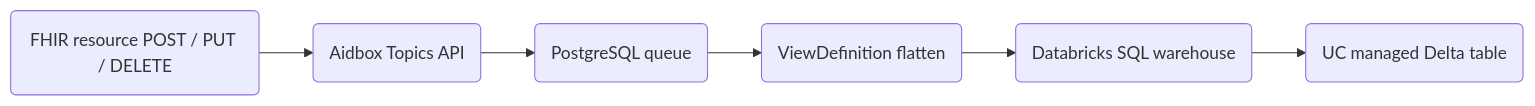
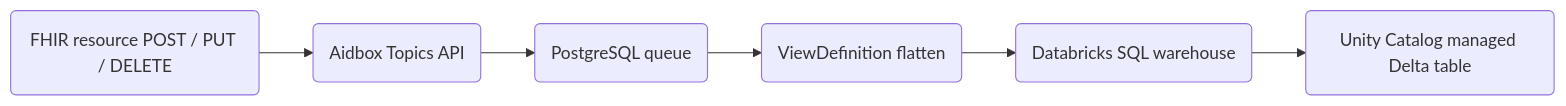
The third of 6 diagrams in docs/tutorials/subscriptions-tutorials/data-lakehouse-aidboxtopicdestination.md (HealthSamurai/aidbox-docs), drawn with Mermaid before and after one commit. The commit also changed other lines of this file, not shown here.

````diff
--- a/docs/tutorials/subscriptions-tutorials/data-lakehouse-aidboxtopicdestination.md
+++ b/docs/tutorials/subscriptions-tutorials/data-lakehouse-aidboxtopicdestination.md
@@ -125,11 +125,11 @@
 ```mermaid
 graph LR
     A(FHIR resource POST / PUT / DELETE):::blue2
     B(Aidbox Topics API):::blue2
     C(PostgreSQL queue):::neutral2
     D(ViewDefinition flatten):::yellow2
     M(Databricks SQL warehouse):::green2
-    T1(UC managed Delta table):::violet2
+    T1(Unity Catalog managed Delta table):::violet2
 
     A --> B --> C --> D --> M --> T1
 ```
````
